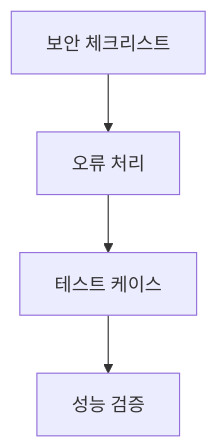
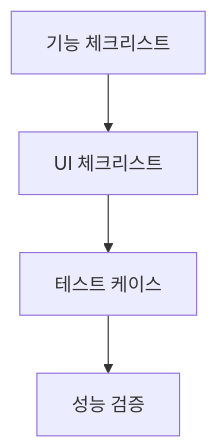
The fifth of 7 diagrams in vibe_coding_timeline.md (ustudiopd/vibe_coding), drawn with Mermaid before and after one commit. The commit also changed other lines of this file, not shown here.

````diff
--- a/vibe_coding_timeline.md
+++ b/vibe_coding_timeline.md
@@ -72,6 +87,6 @@
 ```mermaid
 graph TD
-    A[보안 체크리스트] --> B[오류 처리]
+    A[기능 체크리스트] --> B[UI 체크리스트]
     B --> C[테스트 케이스]
     C --> D[성능 검증]
 ```
````
